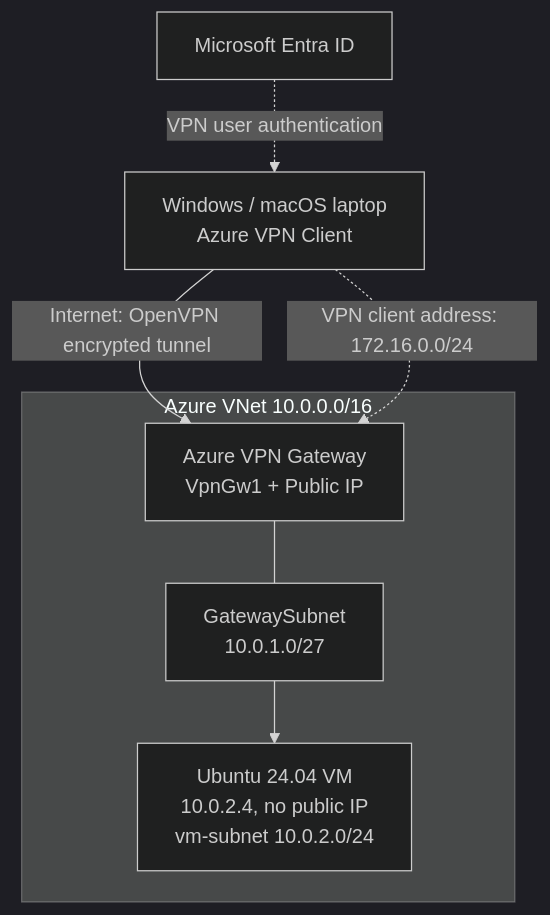
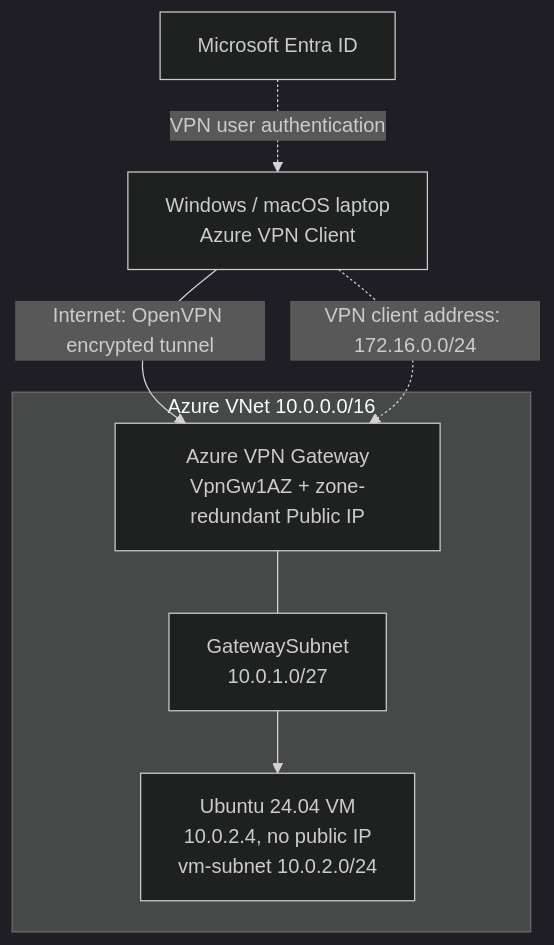
The diagram in README.md (atulkamble/azure-p2s), drawn with Mermaid (dark theme) before and after one commit. The commit also changed other lines of this file and 3 other files, not shown here.

````diff
--- a/README.md
+++ b/README.md
@@ -9,10 +9,10 @@
 ```mermaid
 flowchart TB
-    Laptop[Windows / macOS laptop\nAzure VPN Client] -->|Internet: OpenVPN encrypted tunnel| GW[Azure VPN Gateway\nVpnGw1 + Public IP]
+    Laptop[Windows / macOS laptop\nAzure VPN Client] -->|Internet: OpenVPN encrypted tunnel| GW[Azure VPN Gateway\nVpnGw1AZ + zone-redundant Public IP]
     Entra[Microsoft Entra ID] -.->|VPN user authentication| Laptop
     subgraph VNET[Azure VNet 10.0.0.0/16]
       GW --- GS[GatewaySubnet\n10.0.1.0/27]
       GS --> VM[Ubuntu 24.04 VM\n10.0.2.4, no public IP\nvm-subnet 10.0.2.0/24]
     end
     Laptop -.->|VPN client address: 172.16.0.0/24| GW
 ```
````
